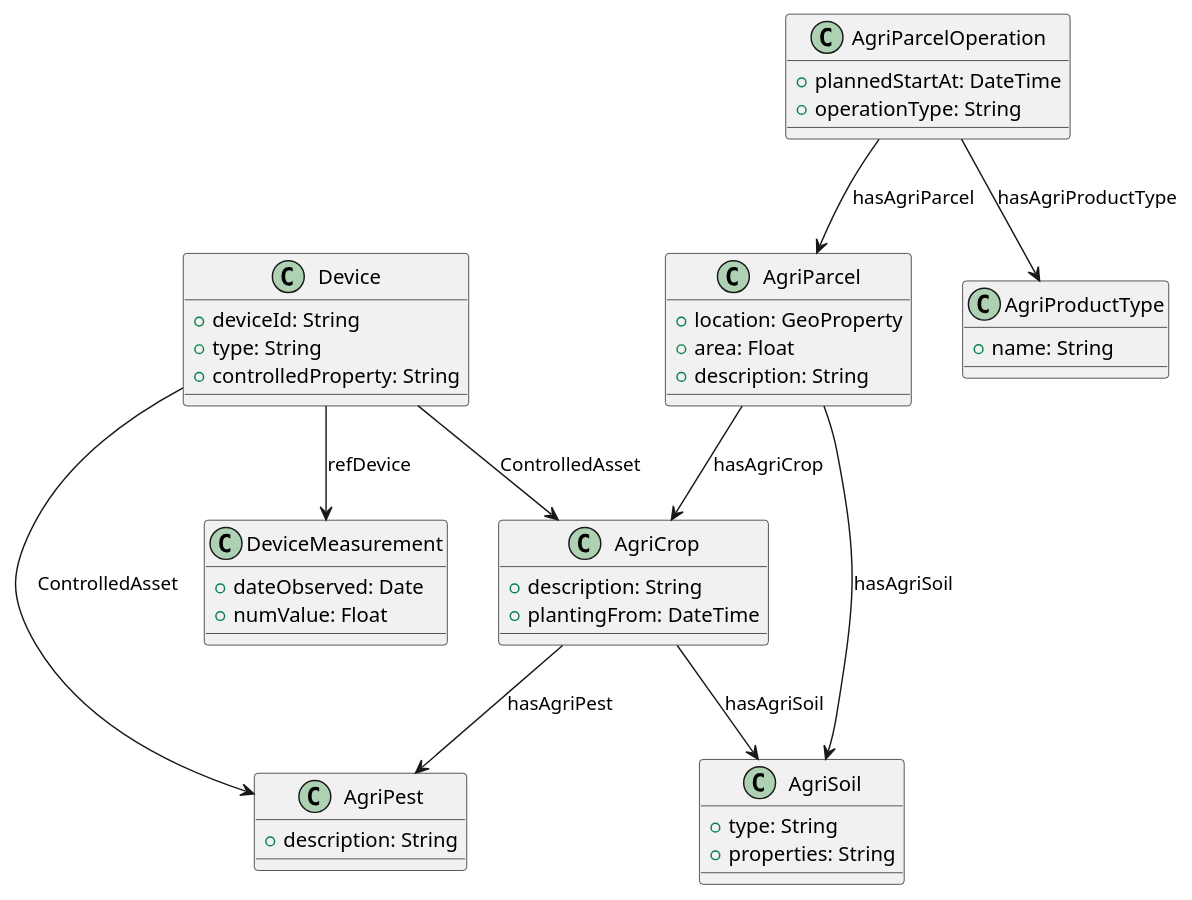
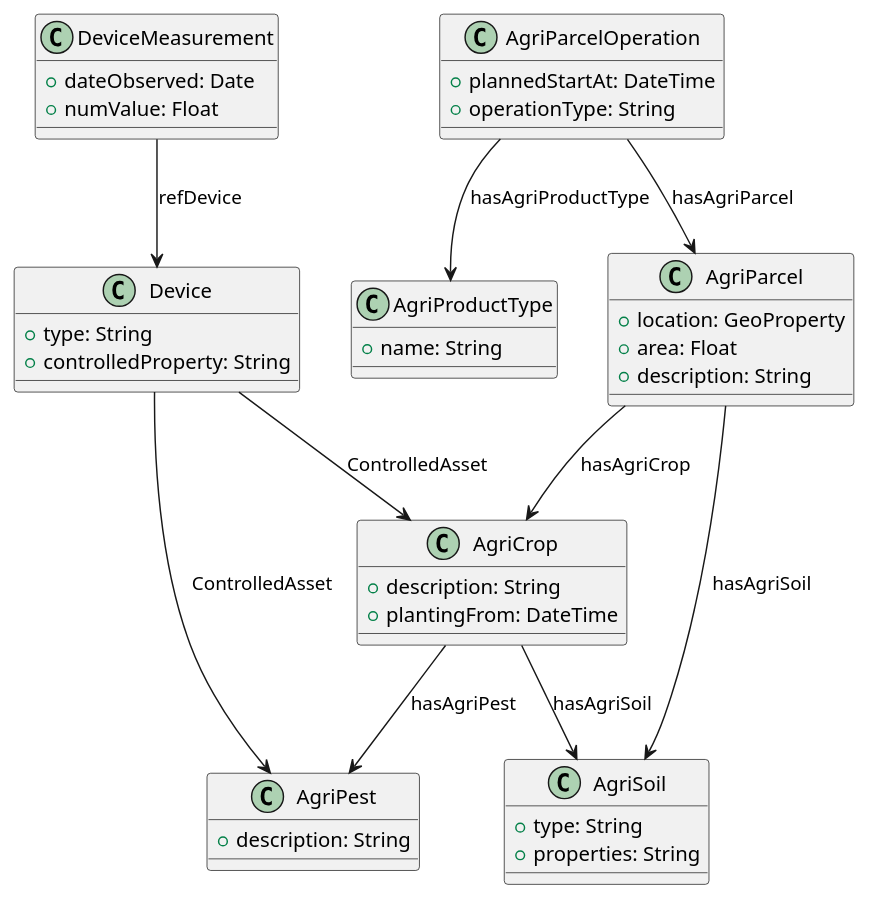
One commit to Smart-Droplets-Project/digitalTwinFramework changed the diagram in assets/DigitalTwinClassDiagram.puml. Above: the diagram before and after it, drawn with PlantUML. The commit also changed 1 other file, not shown here.

```diff
--- a/assets/DigitalTwinClassDiagram.puml
+++ b/assets/DigitalTwinClassDiagram.puml
@@ -1,64 +1,69 @@
 @startuml
 'https://plantuml.com/class-diagram
 class AgriParcel {
     + location: GeoProperty
     + area: Float
     + description: String
 }
 class AgriCrop {
     + description: String
     + plantingFrom: DateTime
 }
 class AgriSoil {
     + type: String
     + properties: String
 }
 class AgriParcelOperation {
     + plannedStartAt: DateTime
     + operationType: String
 }
 class Device {
-    + deviceId: String
     + type: String
     + controlledProperty: String
 }
 class DeviceMeasurement {
     + dateObserved: Date
     + numValue: Float
 }
 class AgriPest {
     + description: String
 }
 class AgriProductType {
     + name: String
 }
 
 /'
 class FeatureCollection {
     + type: String = "FeatureCollection"
     + features: List<Feature>
 }
 class Feature {
     + type: String = "Feature"
     + geometry: Geometry
     + properties: Map<String, Any>
 }
 class Geometry {
     + type: String
     + coordinates: List<Float>
 }
 AgriParcel "1" o-- "1" FeatureCollection : location
 FeatureCollection "1" *-- "0..*" Feature : features
 Feature "1" *-- "1" Geometry : geometry
 '/
 
 AgriParcel  --> AgriCrop : hasAgriCrop
 AgriParcel --> AgriSoil : hasAgriSoil
 AgriCrop --> AgriSoil : hasAgriSoil
 AgriCrop --> AgriPest : hasAgriPest
-Device --> DeviceMeasurement: refDevice
+DeviceMeasurement  --> Device: refDevice
 Device --> AgriPest: ControlledAsset
 AgriParcelOperation --> AgriParcel : hasAgriParcel
 AgriParcelOperation --> AgriProductType : hasAgriProductType
 Device  --> AgriCrop : ControlledAsset
+/'
+class DigitalTwin{
+}
+DigitalTwin --> AgriParcel: locatedAtParcel
+DigitalTwin --> AgriCrop: isAgriCrop
+'/
 @enduml
```
